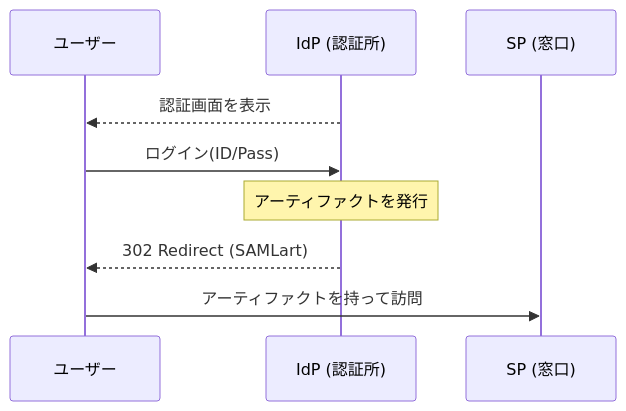
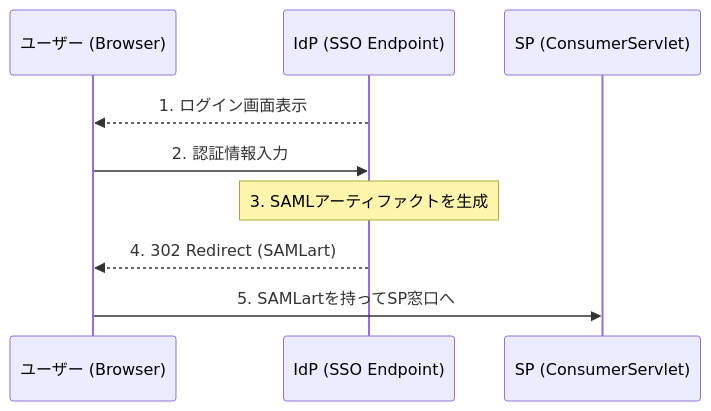
One commit to mashharuki/OpenSAML-sample-code changed the third of 4 diagrams in blog.md. Above: the diagram before and after it, drawn with Mermaid. The commit also changed other lines of this file and 1 other file, not shown here.

````diff
--- a/blog.md
+++ b/blog.md
@@ -61,12 +55,12 @@
 ```mermaid
 sequenceDiagram
-    participant User as ユーザー
-    participant IdP as IdP (認証所)
-    participant SP as SP (窓口)
+    participant User as ユーザー (Browser)
+    participant IdP as IdP (SSO Endpoint)
+    participant SP as SP (ConsumerServlet)
 
-    IdP-->>User: 認証画面を表示
-    User->>IdP: ログイン(ID/Pass)
-    Note over IdP: アーティファクトを発行
-    IdP-->>User: 302 Redirect (SAMLart)
-    User->>SP: アーティファクトを持って訪問
+    IdP-->>User: 1. ログイン画面表示
+    User->>IdP: 2. 認証情報入力
+    Note over IdP: 3. SAMLアーティファクトを生成
+    IdP-->>User: 4. 302 Redirect (SAMLart)
+    User->>SP: 5. SAMLartを持ってSP窓口へ
 ```
````
